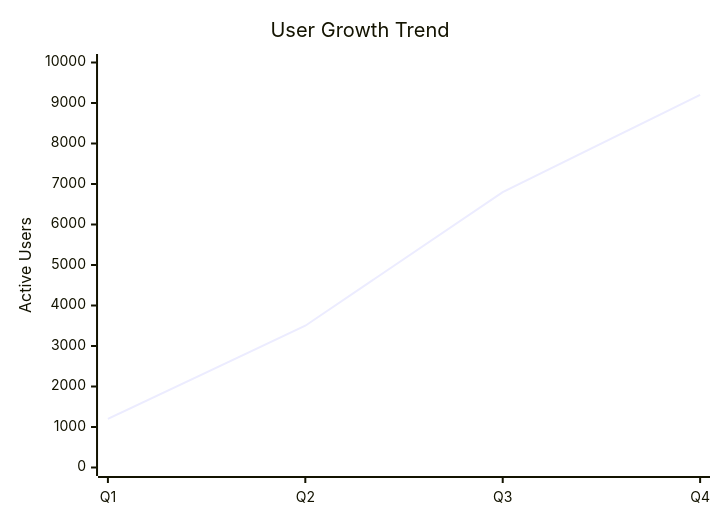
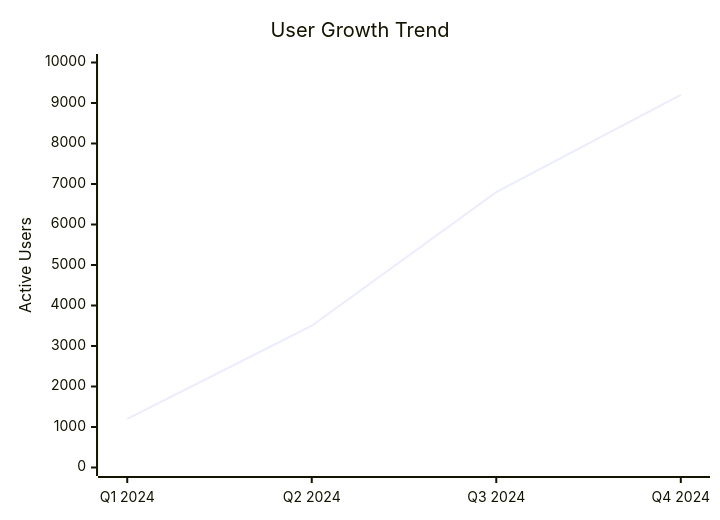
The third of 4 diagrams in backend/knowledge/xy_chart.md (dhuru-7/arka), drawn with Mermaid before and after one commit. The commit also changed other lines of this file and 10 other files, not shown here.

Commit message:
Fix XY chart guardrails, validator, cleaner, agent prompts, render error badge details, and remove beta tags for Gantt and XY charts

````diff
--- a/backend/knowledge/xy_chart.md
+++ b/backend/knowledge/xy_chart.md
@@ -44,7 +116,7 @@
 ```mermaid
 xychart-beta
     title "User Growth Trend"
-    x-axis [Q1, Q2, Q3, Q4]
+    x-axis ["Q1 2024", "Q2 2024", "Q3 2024", "Q4 2024"]
     y-axis "Active Users" 0 --> 10000
     line [1200, 3500, 6800, 9200]
 ```
````
